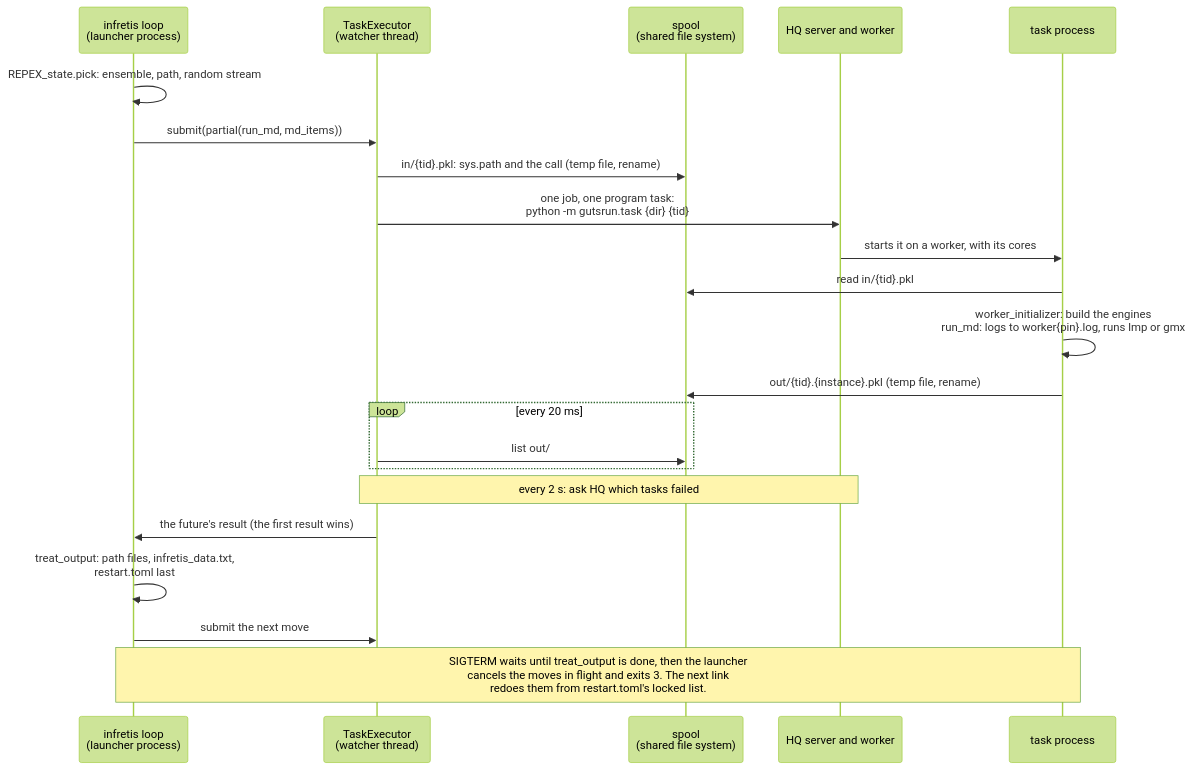
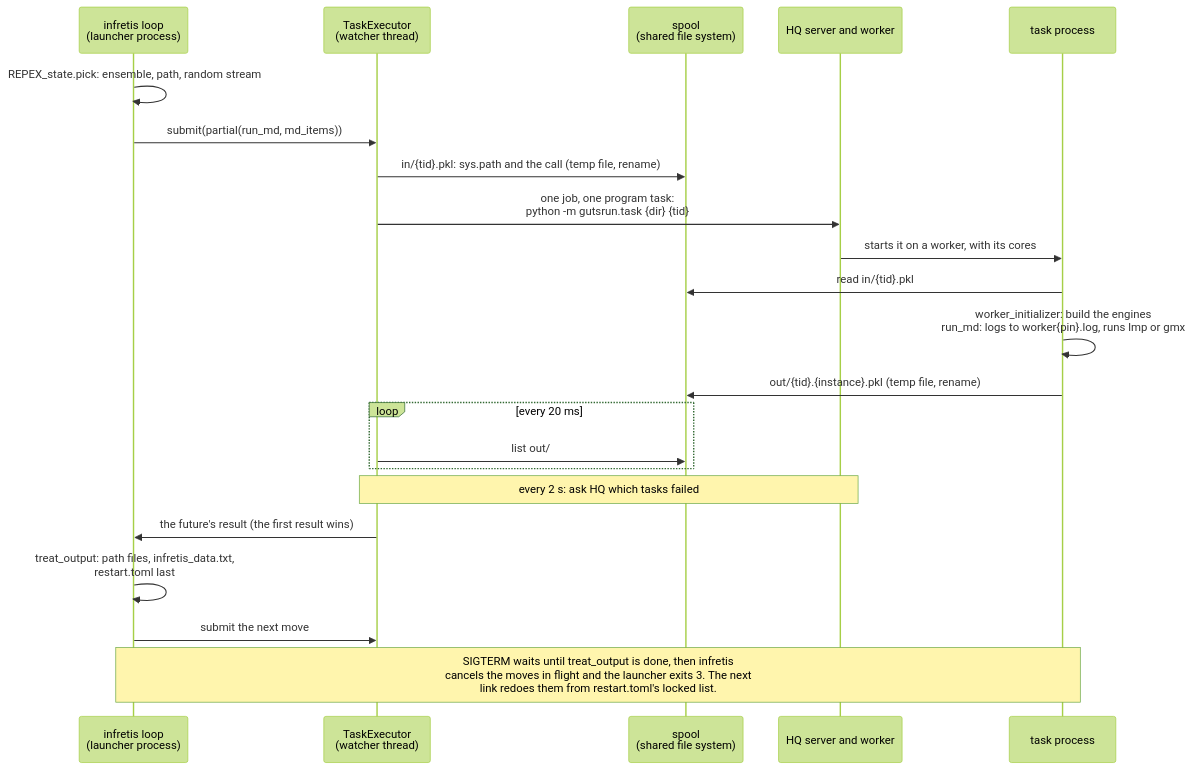
The third of 3 diagrams in DEVELOPMENT.md (GUTSframework/infretis_hyperqueue), drawn with Mermaid (forest theme) before and after one commit. The commit also changed other lines of this file and 6 other files, not shown here.

First line of the commit message:
infretis from the fork's bf813ee; launcher: late signals, -pin off

````diff
--- a/DEVELOPMENT.md
+++ b/DEVELOPMENT.md
@@ -127,25 +127,25 @@
 ```mermaid
 sequenceDiagram
     participant R as infretis loop<br/>(launcher process)
     participant X as TaskExecutor<br/>(watcher thread)
     participant S as spool<br/>(shared file system)
     participant H as HQ server and worker
     participant T as task process
 
     R->>R: REPEX_state.pick: ensemble, path, random stream
     R->>X: submit(partial(run_md, md_items))
     X->>S: in/{tid}.pkl: sys.path and the call (temp file, rename)
     X->>H: one job, one program task:<br/>python -m gutsrun.task {dir} {tid}
     H->>T: starts it on a worker, with its cores
     T->>S: read in/{tid}.pkl
     T->>T: worker_initializer: build the engines<br/>run_md: logs to worker{pin}.log, runs lmp or gmx
     T->>S: out/{tid}.{instance}.pkl (temp file, rename)
     loop every 20 ms
         X->>S: list out/
     end
     Note over X,H: every 2 s: ask HQ which tasks failed
     X->>R: the future's result (the first result wins)
     R->>R: treat_output: path files, infretis_data.txt,<br/>restart.toml last
     R->>X: submit the next move
-    Note over R,T: SIGTERM waits until treat_output is done, then the launcher<br/>cancels the moves in flight and exits 3. The next link<br/>redoes them from restart.toml's locked list.
+    Note over R,T: SIGTERM waits until treat_output is done, then infretis<br/>cancels the moves in flight and the launcher exits 3. The next<br/>link redoes them from restart.toml's locked list.
 ```
````
